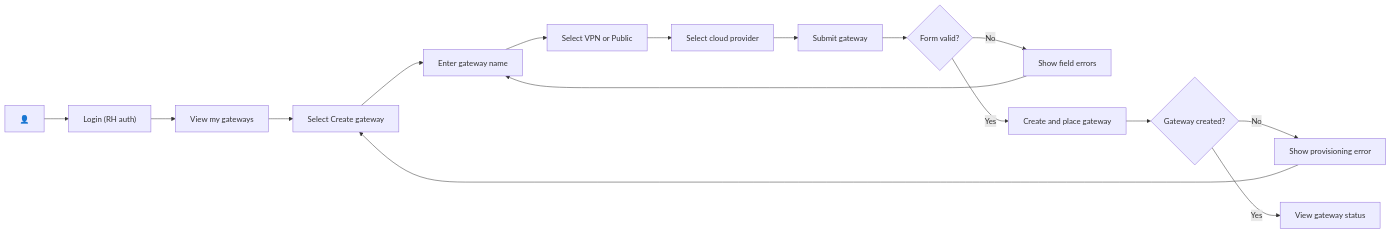
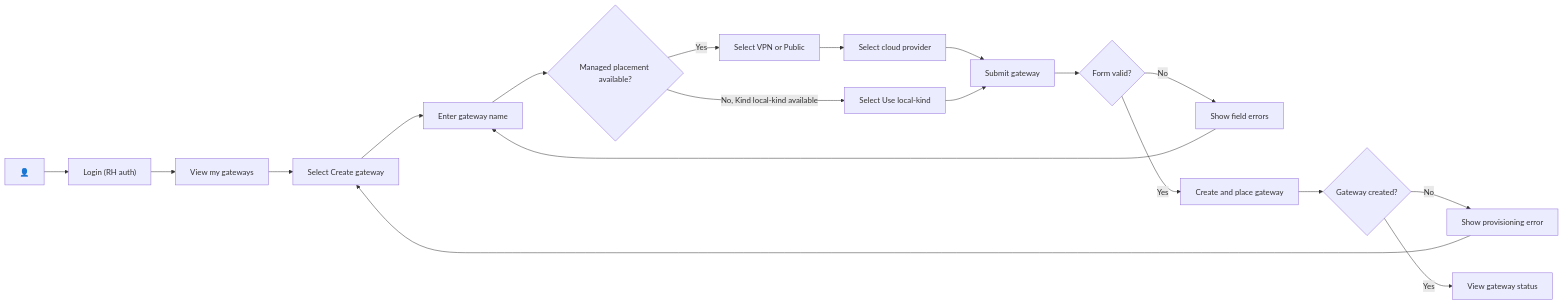
One commit to openshift-online/hypershell changed the third of 15 diagrams in specs/web-console/user_flows.md. Above: the diagram before and after it, drawn with Mermaid. The commit also changed other lines of this file and 148 other files, not shown here.

````diff
--- a/specs/web-console/user_flows.md
+++ b/specs/web-console/user_flows.md
@@ -163,22 +164,25 @@
 ```mermaid
 ---
 config:
   layout: dagre
 ---
 flowchart LR
     user["👤"] --> login["Login (RH auth)"]
     login --> list["View my gateways"]
     list --> start["Select Create gateway"]
     start --> name["Enter gateway name"]
-    name --> network["Select VPN or Public"]
+    name --> placement{"Managed placement available?"}
+    placement -- Yes --> network["Select VPN or Public"]
     network --> provider["Select cloud provider"]
     provider --> submit["Submit gateway"]
+    placement -- No, Kind local-kind available --> local["Select Use local-kind"]
+    local --> submit
     submit --> valid{"Form valid?"}
     valid -- No --> errors["Show field errors"]
     errors --> name
     valid -- Yes --> create["Create and place gateway"]
     create --> created{"Gateway created?"}
     created -- No --> createError["Show provisioning error"]
     createError --> start
     created -- Yes --> details["View gateway status"]
 ```
````
